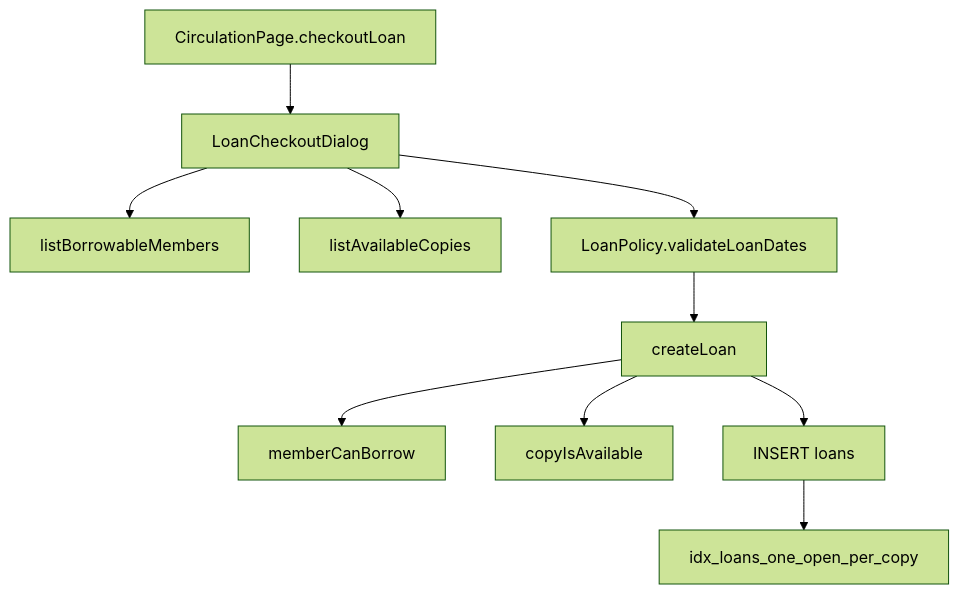
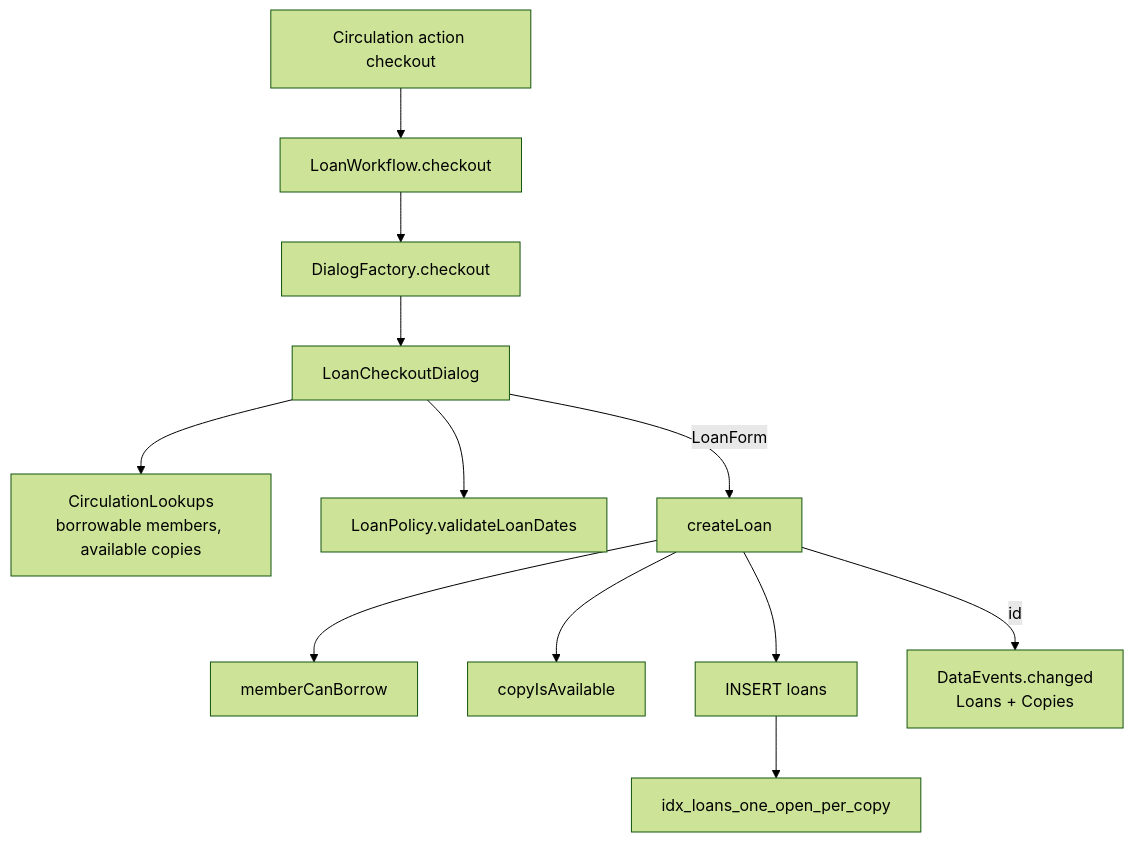
One commit to medaminben/VLMS changed diagram 25 of 28 in docs/architecture/beta-uml.md. Above: the diagram before and after it, drawn with Mermaid (forest theme). The commit also changed other lines of this file, not shown here.

First line of the commit message:
Refresh the Beta UML for the frontend redesign.

````diff
--- a/docs/architecture/beta-uml.md
+++ b/docs/architecture/beta-uml.md
@@ -815,12 +971,14 @@
 ```mermaid
 flowchart TD
-    C[CirculationPage.checkoutLoan] --> D[LoanCheckoutDialog]
-    D --> M[listBorrowableMembers]
-    D --> A[listAvailableCopies]
+    C[Circulation action checkout] --> W[LoanWorkflow.checkout]
+    W --> F[DialogFactory.checkout]
+    F --> D[LoanCheckoutDialog]
+    D --> M[CirculationLookups<br/>borrowable members, available copies]
     D --> P[LoanPolicy.validateLoanDates]
-    P --> R[createLoan]
+    D -->|LoanForm| R[createLoan]
     R --> MC[memberCanBorrow]
     R --> CA[copyIsAvailable]
     R --> INS[INSERT loans]
     INS --> IDX[idx_loans_one_open_per_copy]
+    R -->|id| EV[DataEvents.changed<br/>Loans + Copies]
 ```
````
